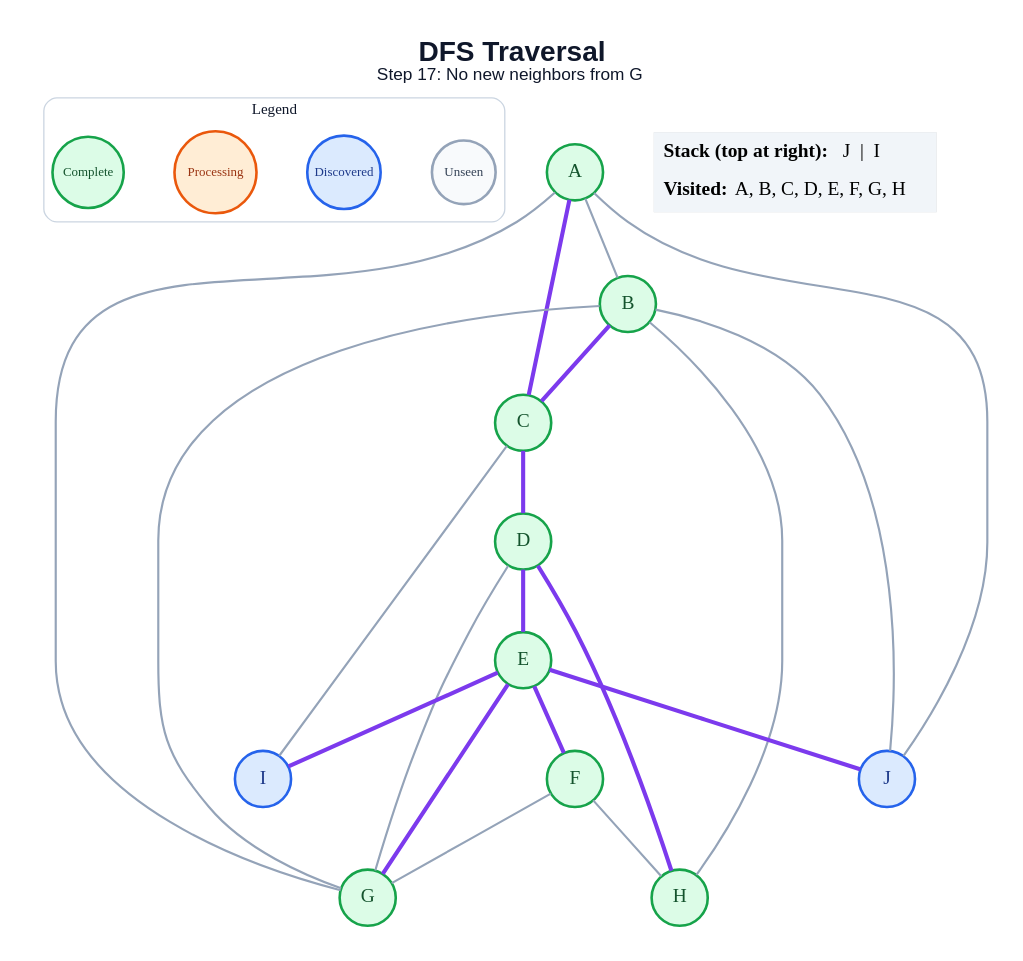
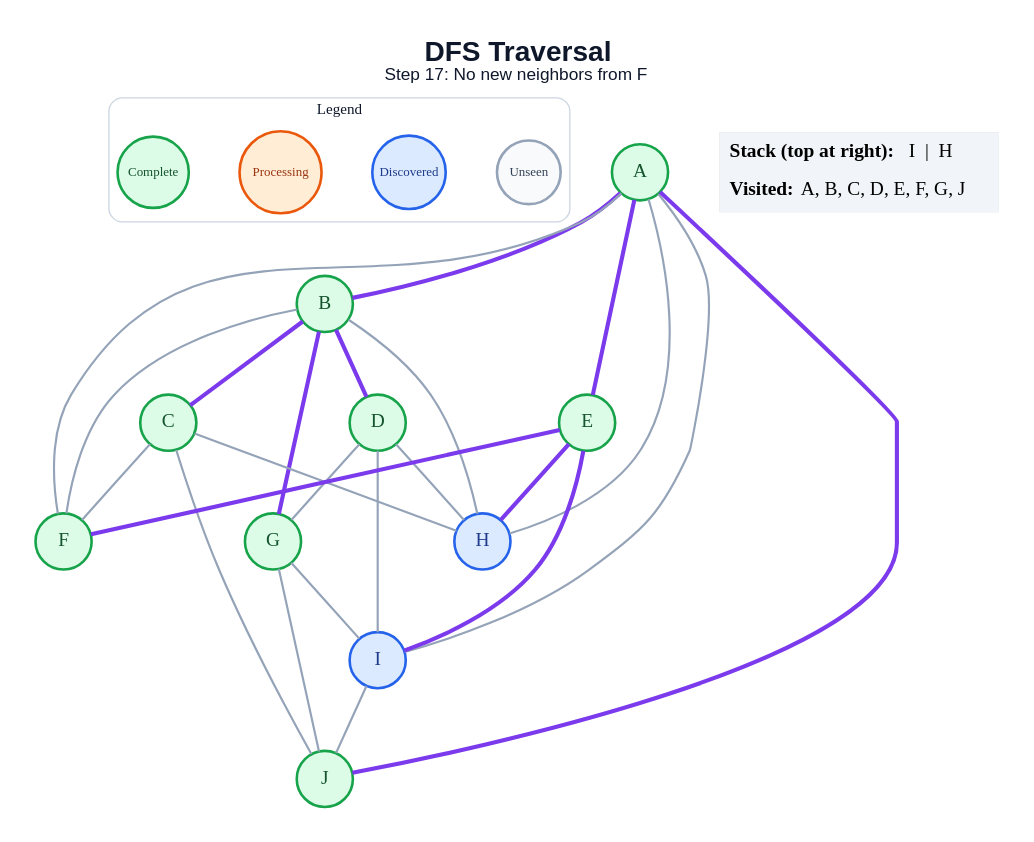
Before and after one commit to amanghodawala9/ai-slop: the diagram in generated/specific-node/dfs/step_17.dot, drawn with Graphviz. The commit also changed 178 other files, not shown here.

```diff
--- a/generated/specific-node/dfs/step_17.dot
+++ b/generated/specific-node/dfs/step_17.dot
@@ -1,48 +1,52 @@
 graph traversal {
   graph [layout=dot, rankdir=TB, bgcolor="#FFFFFF", pad="0.35", nodesep="0.65", ranksep="0.8", fontname="Arial"];
   node [shape=circle, style="filled", fontname="Arial Bold", fontsize=18, width=0.72, fixedsize=true, penwidth=2.4];
   edge [color="#94A3B8", penwidth=2.0];
-  label=<<B>DFS Traversal</B><BR/><FONT POINT-SIZE="16">Step 17: No new neighbors from G</FONT>>; labelloc="t"; fontsize=26; fontname="Arial"; fontcolor="#0F172A";
+  label=<<B>DFS Traversal</B><BR/><FONT POINT-SIZE="16">Step 17: No new neighbors from F</FONT>>; labelloc="t"; fontsize=26; fontname="Arial"; fontcolor="#0F172A";
   subgraph cluster_legend { label="Legend"; color="#CBD5E1"; penwidth=1.2; style="rounded"; fontsize=14; fontname="Arial Bold";
     key_unseen [label="Unseen", fillcolor="#F8FAFC", color="#94A3B8", fontcolor="#334155", fontsize=12, width=0.82];
     key_frontier [label="Discovered", fillcolor="#DBEAFE", color="#2563EB", fontcolor="#1E3A8A", fontsize=12, width=0.95];
     key_current [label="Processing", fillcolor="#FFEDD5", color="#EA580C", fontcolor="#9A3412", fontsize=12, width=1.05];
     key_done [label="Complete", fillcolor="#DCFCE7", color="#16A34A", fontcolor="#14532D", fontsize=12, width=0.92];
     { rank=same; key_unseen; key_frontier; key_current; key_done; }
   }
   A [fillcolor="#DCFCE7", color="#16A34A", fontcolor="#14532D"];
   B [fillcolor="#DCFCE7", color="#16A34A", fontcolor="#14532D"];
   C [fillcolor="#DCFCE7", color="#16A34A", fontcolor="#14532D"];
   D [fillcolor="#DCFCE7", color="#16A34A", fontcolor="#14532D"];
   E [fillcolor="#DCFCE7", color="#16A34A", fontcolor="#14532D"];
   F [fillcolor="#DCFCE7", color="#16A34A", fontcolor="#14532D"];
   G [fillcolor="#DCFCE7", color="#16A34A", fontcolor="#14532D"];
-  H [fillcolor="#DCFCE7", color="#16A34A", fontcolor="#14532D"];
+  H [fillcolor="#DBEAFE", color="#2563EB", fontcolor="#1E3A8A"];
   I [fillcolor="#DBEAFE", color="#2563EB", fontcolor="#1E3A8A"];
-  J [fillcolor="#DBEAFE", color="#2563EB", fontcolor="#1E3A8A"];
-  A -- B;
-  A -- C [color="#7C3AED", penwidth=3.8];
-  A -- G;
-  A -- J;
+  J [fillcolor="#DCFCE7", color="#16A34A", fontcolor="#14532D"];
+  A -- B [color="#7C3AED", penwidth=3.8];
+  A -- E [color="#7C3AED", penwidth=3.8];
+  A -- F;
+  A -- H;
+  A -- I;
+  A -- J [color="#7C3AED", penwidth=3.8];
   B -- C [color="#7C3AED", penwidth=3.8];
-  B -- G;
+  B -- D [color="#7C3AED", penwidth=3.8];
+  B -- F;
+  B -- G [color="#7C3AED", penwidth=3.8];
   B -- H;
-  B -- J;
-  C -- D [color="#7C3AED", penwidth=3.8];
-  C -- I;
-  D -- E [color="#7C3AED", penwidth=3.8];
+  C -- F;
+  C -- H;
+  C -- J;
   D -- G;
-  D -- H [color="#7C3AED", penwidth=3.8];
+  D -- H;
+  D -- I;
   E -- F [color="#7C3AED", penwidth=3.8];
-  E -- G [color="#7C3AED", penwidth=3.8];
+  E -- H [color="#7C3AED", penwidth=3.8];
   E -- I [color="#7C3AED", penwidth=3.8];
-  E -- J [color="#7C3AED", penwidth=3.8];
-  F -- G;
-  F -- H;
+  G -- I;
+  G -- J;
+  I -- J;
   status [shape=plain, fixedsize=false, width=0, height=0, margin=0, label=<
     <TABLE BORDER="0" CELLBORDER="0" CELLPADDING="7" BGCOLOR="#F1F5F9">
-      <TR><TD ALIGN="LEFT"><B>Stack (top at right):</B> J  |  I</TD></TR>
-      <TR><TD ALIGN="LEFT"><B>Visited:</B> A, B, C, D, E, F, G, H</TD></TR>
+      <TR><TD ALIGN="LEFT"><B>Stack (top at right):</B> I  |  H</TD></TR>
+      <TR><TD ALIGN="LEFT"><B>Visited:</B> A, B, C, D, E, F, G, J</TD></TR>
     </TABLE>
   >];
 }
```
